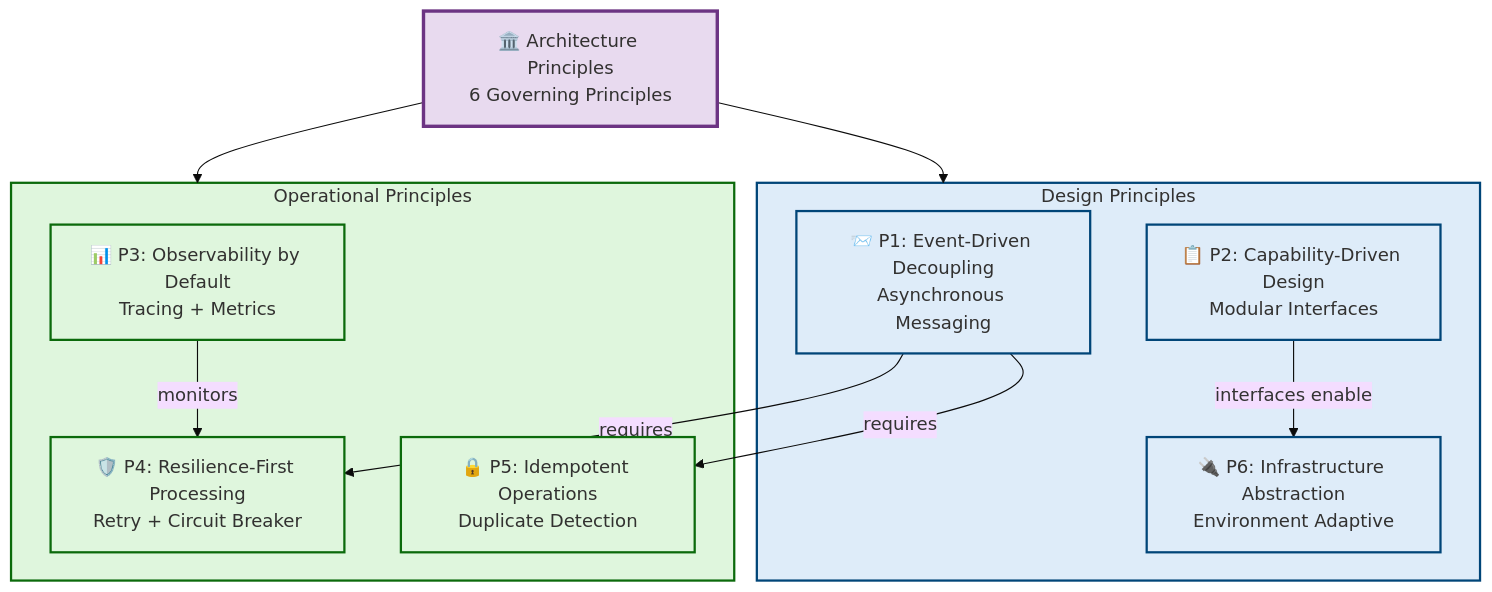
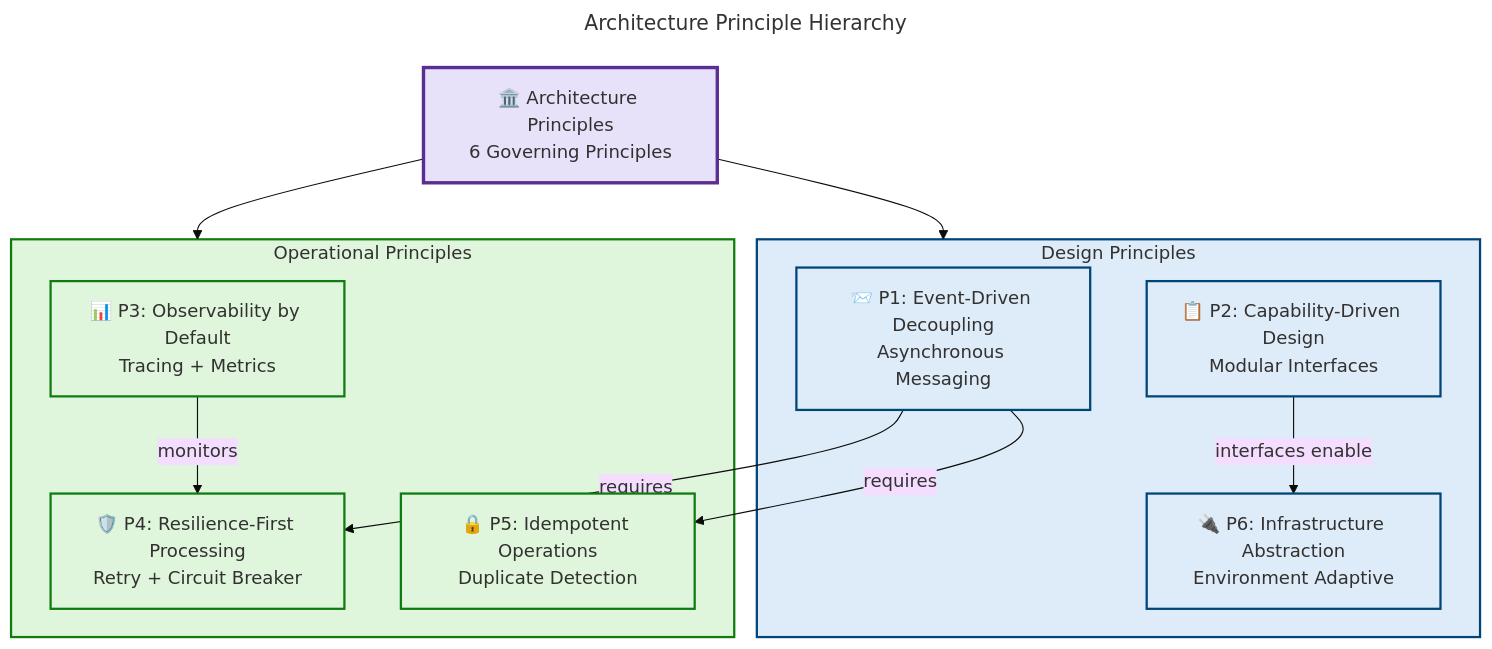
One commit to Evilazaro/Azure-LogicApps-Monitoring changed the fifth of 13 diagrams in docs/architecture/Business-Layer-Architecture.md. Above: the diagram before and after it, drawn with Mermaid. The commit also changed other lines of this file, not shown here.

Commit message:
docs: update mermaid diagrams for improved clarity and consistency in Business Architecture documentation

````diff
--- a/docs/architecture/Business-Layer-Architecture.md
+++ b/docs/architecture/Business-Layer-Architecture.md
@@ -406,48 +416,51 @@
 ```mermaid
 ---
+title: "Architecture Principle Hierarchy"
 config:
   theme: base
+  themeVariables:
+    fontSize: '16px'
 ---
 graph TB
     accTitle: Architecture Principle Hierarchy
     accDescr: Shows the 6 architecture principles organized by category with dependencies and enforcement relationships
 
     %% ═══════════════════════════════════════════════════════════════
     %% AZURE / FLUENT ARCHITECTURE PATTERN v1.1
     %% Generated: 2026-02-18T10:30:00Z
     %% Layer: Business
     %% Components: 9
     %% ═══════════════════════════════════════════════════════════════
 
     root["🏛️ Architecture Principles<br/>6 Governing Principles"]
 
     subgraph design ["Design Principles"]
         p1["📨 P1: Event-Driven Decoupling<br/>Asynchronous Messaging"]
         p2["📋 P2: Capability-Driven Design<br/>Modular Interfaces"]
         p6["🔌 P6: Infrastructure Abstraction<br/>Environment Adaptive"]
     end
 
     subgraph operational ["Operational Principles"]
         p3["📊 P3: Observability by Default<br/>Tracing + Metrics"]
         p4["🛡️ P4: Resilience-First Processing<br/>Retry + Circuit Breaker"]
         p5["🔒 P5: Idempotent Operations<br/>Duplicate Detection"]
     end
 
     root --> design
     root --> operational
     p2 -->|"interfaces enable"| p6
     p1 -->|"requires"| p4
     p1 -->|"requires"| p5
     p3 -->|"monitors"| p4
 
     style design fill:#DEECF9,stroke:#004578,stroke-width:2px,color:#323130
-    style operational fill:#DFF6DD,stroke:#0B6A0B,stroke-width:2px,color:#323130
+    style operational fill:#DFF6DD,stroke:#107C10,stroke-width:2px,color:#323130
 
-    classDef rootStyle fill:#E8DAEF,stroke:#6C3483,stroke-width:3px,color:#323130
+    classDef rootStyle fill:#E7E2FA,stroke:#5B2F91,stroke-width:3px,color:#323130
     classDef designPrinciple fill:#DEECF9,stroke:#004578,stroke-width:2px,color:#323130
-    classDef opsPrinciple fill:#DFF6DD,stroke:#0B6A0B,stroke-width:2px,color:#323130
+    classDef opsPrinciple fill:#DFF6DD,stroke:#107C10,stroke-width:2px,color:#323130
 
     class root rootStyle
     class p1,p2,p6 designPrinciple
     class p3,p4,p5 opsPrinciple
 ```
````
